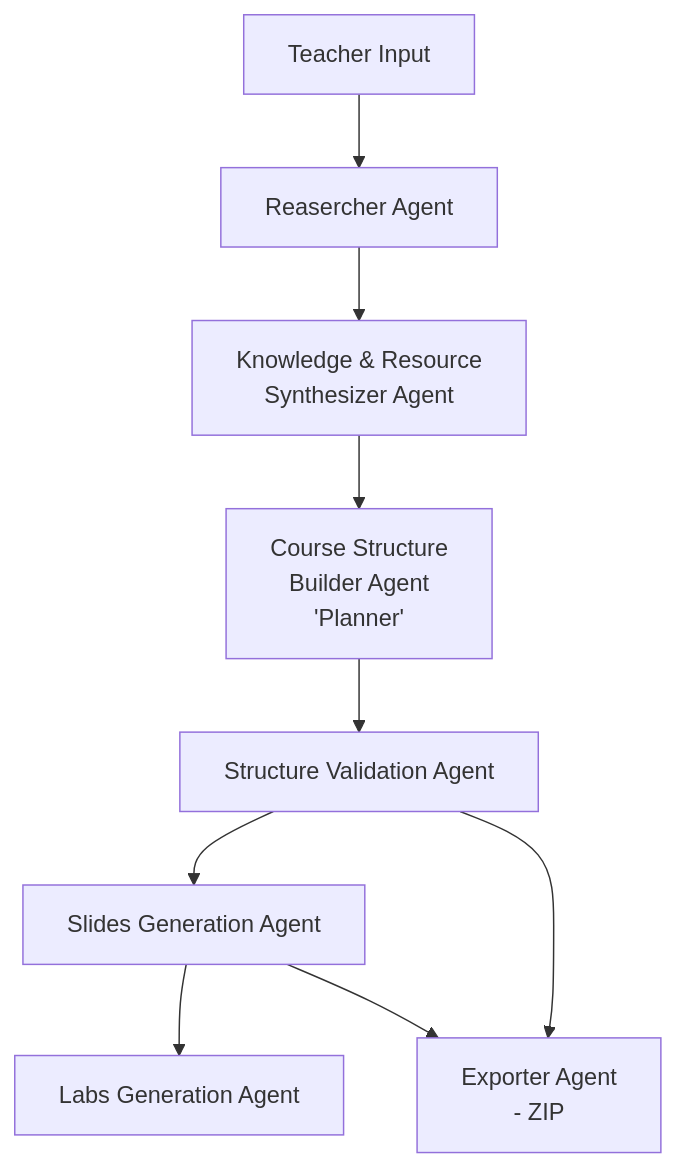
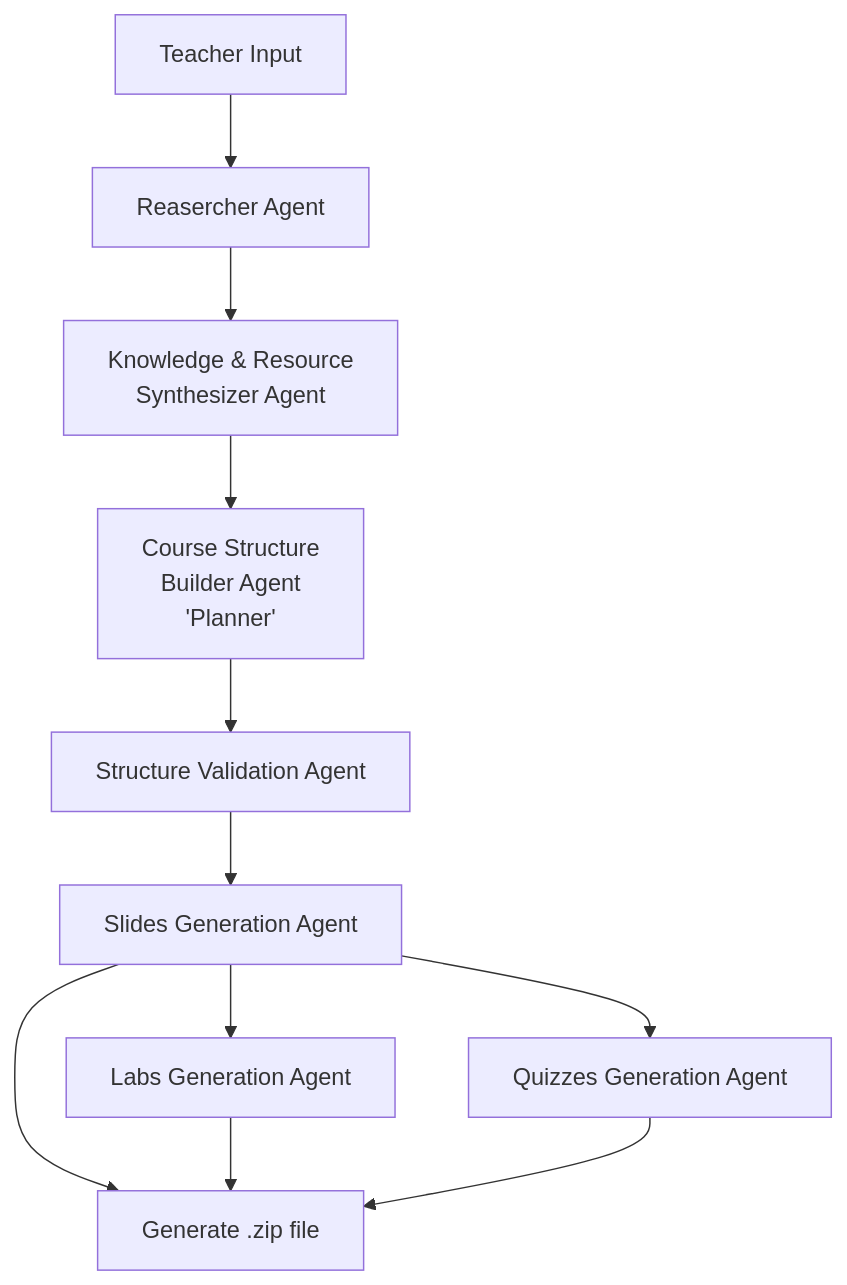
One commit to FaiOnayq/minhaj changed the diagram in README.md. Above: the diagram before and after it, drawn with Mermaid.

````diff
--- a/README.md
+++ b/README.md
@@ -25,12 +25,15 @@
 ```mermaid
 graph TD;
     A[Teacher Input] --> B[Reasercher Agent];
     B --> C[Knowledge & Resource<br/> Synthesizer Agent];
     C --> D[Course Structure <br/>Builder Agent <br/>'Planner'];
     D --> E[Structure Validation Agent];
     E --> F[Slides Generation Agent];
     F --> G[Labs Generation Agent];
-    F --> H[Quizzes Generation Agent]
-    E --> H[Exporter Agent<br/>- ZIP];
+    F --> H[Quizzes Generation Agent];
+	F --> I[Generate .zip file];
+	G --> I;
+	H --> I;
+	
 
 ```
````
